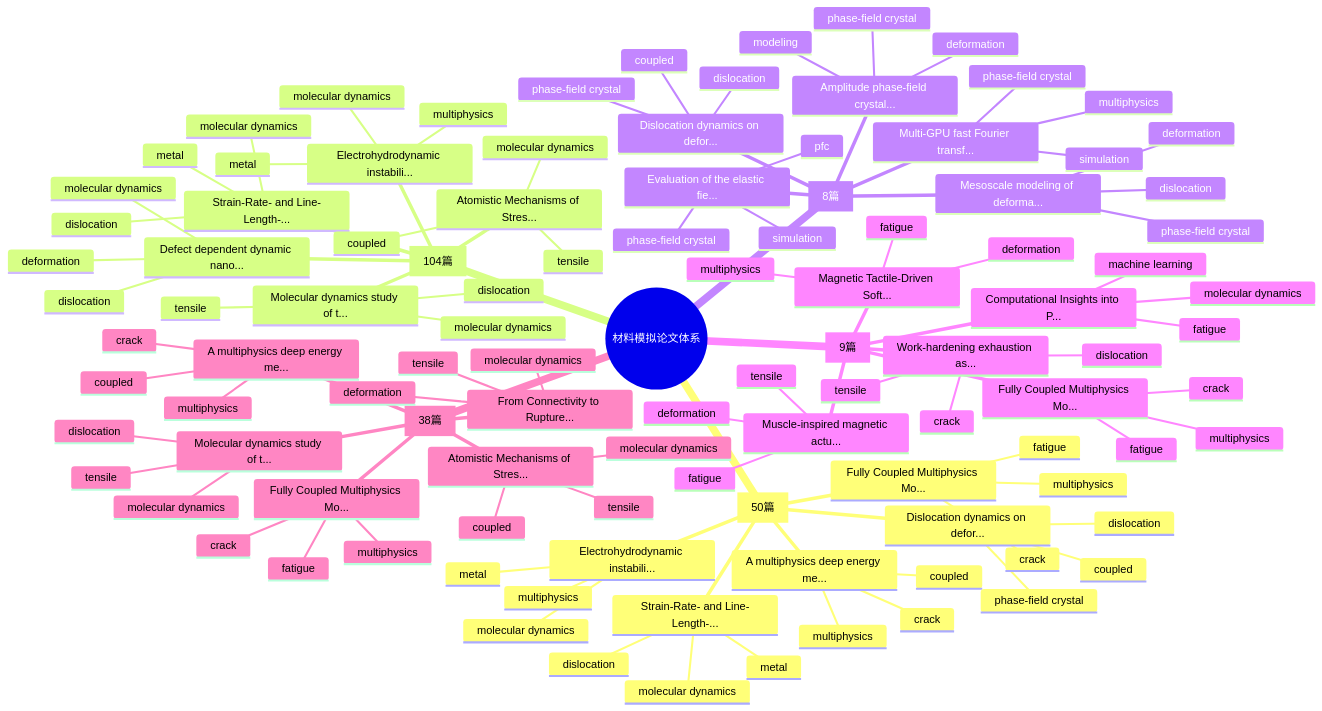
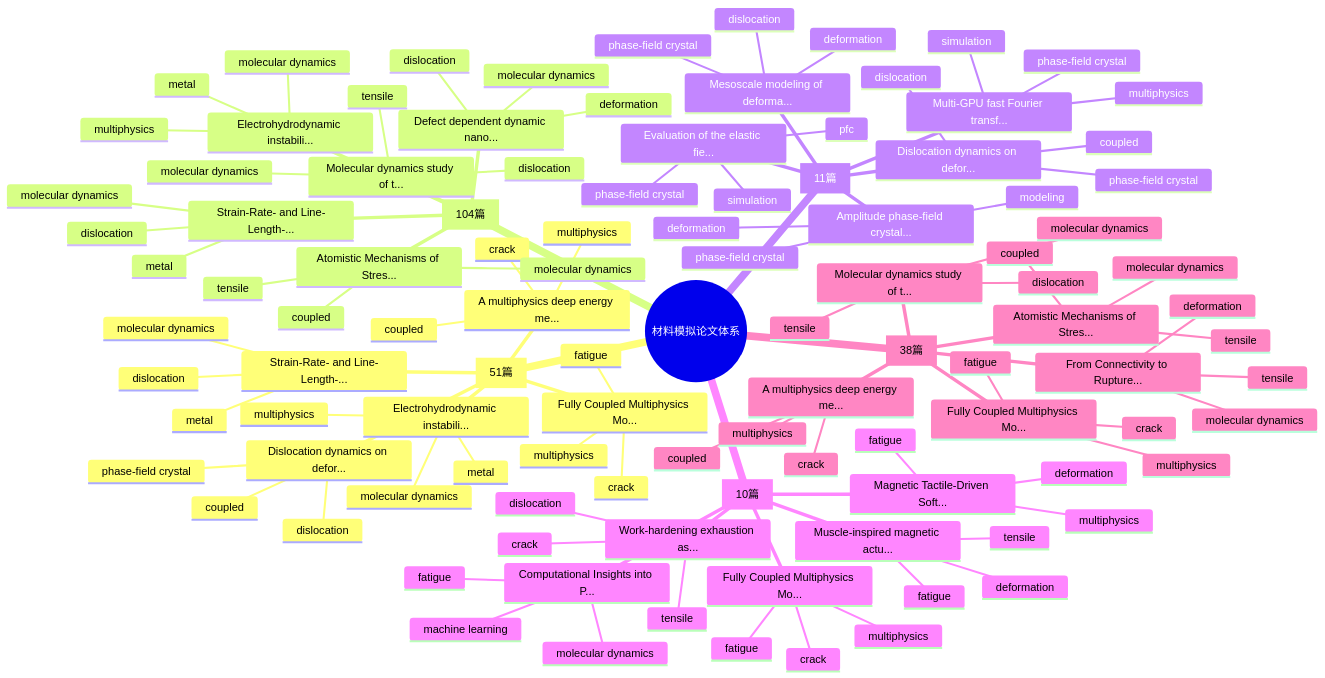
One commit to Shirakawa11111/BJK_readpaper changed the first of 2 diagrams in README.md. Above: the diagram before and after it, drawn with Mermaid. The commit also changed other lines of this file and 11 other files, not shown here.

````diff
--- a/README.md
+++ b/README.md
@@ -94,7 +94,7 @@
 ```mermaid
 mindmap
   root((材料模拟论文体系))
-    Multiphysics Coupling [50篇]
+    Multiphysics Coupling [51篇]
       Fully Coupled Multiphysics Mo...
         fatigue
         multiphysics
@@ -136,7 +136,7 @@
         molecular dynamics
         tensile
         coupled
-    Phase-Field Crystal [8篇]
+    Phase-Field Crystal [11篇]
       Dislocation dynamics on defor...
         phase-field crystal
         dislocation
@@ -157,7 +157,7 @@
         phase-field crystal
         pfc
         simulation
-    Metal Fatigue Simulation [9篇]
+    Metal Fatigue Simulation [10篇]
       Fully Coupled Multiphysics Mo...
         fatigue
         multiphysics
````
